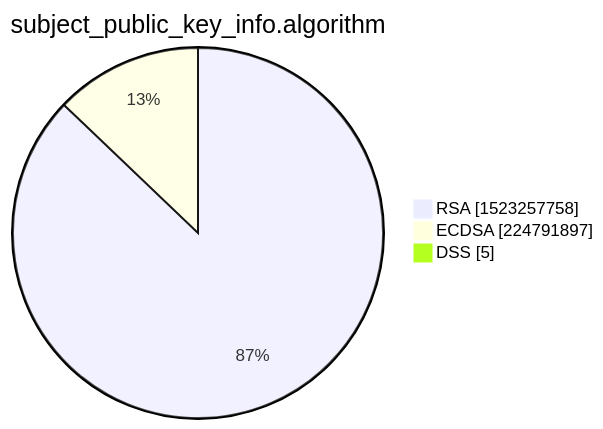
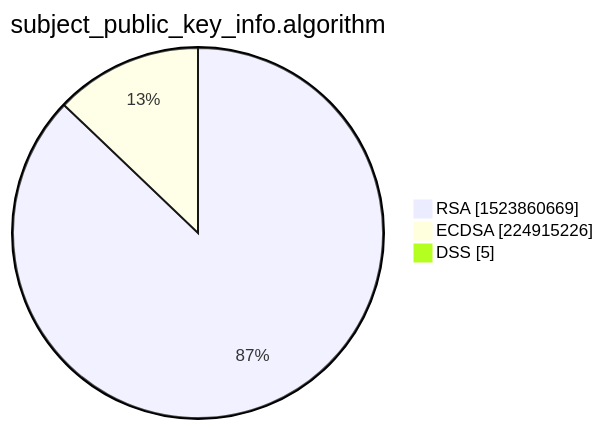
Before and after one commit to christiankrug/ctmonitor_visualization: the third of 15 diagrams in xenon2022/README.md, drawn with Mermaid. The commit also changed other lines of this file, not shown here.

````diff
--- a/xenon2022/README.md
+++ b/xenon2022/README.md
@@ -14,7 +14,7 @@
 ```mermaid
 pie showData
 title subject_public_key_info.algorithm
-"RSA" :1523257758
-"ECDSA" :224791897
+"RSA" :1523860669
+"ECDSA" :224915226
 "DSS" :5
 ```
````
